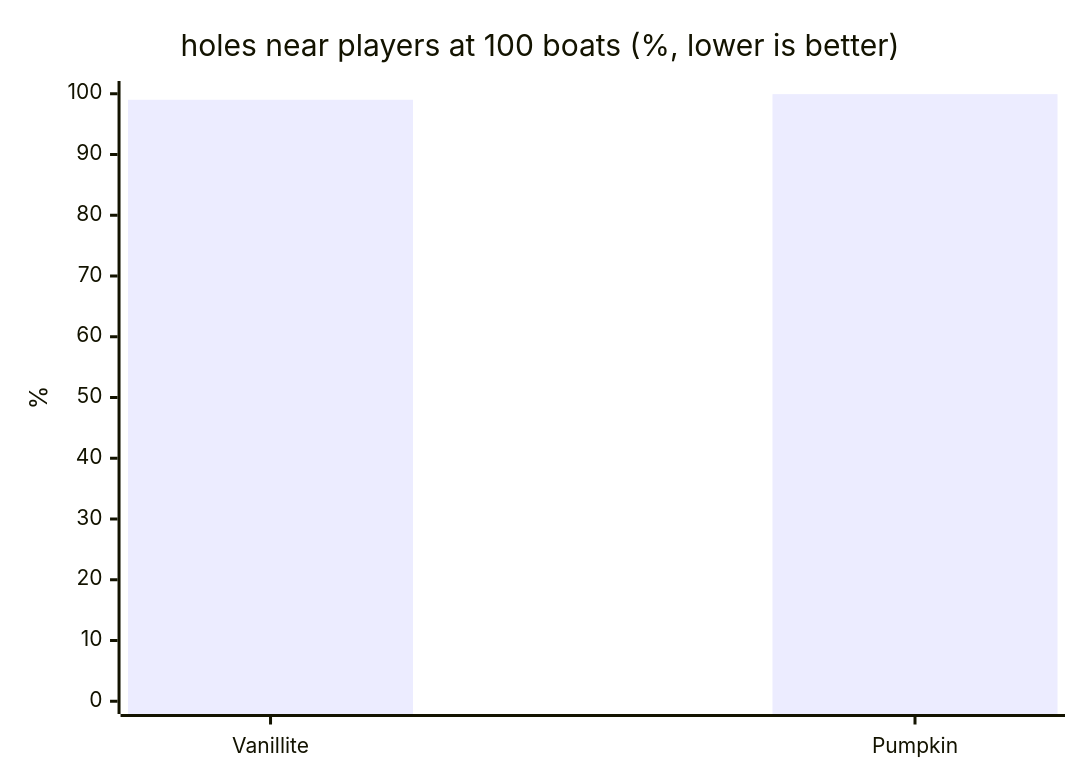
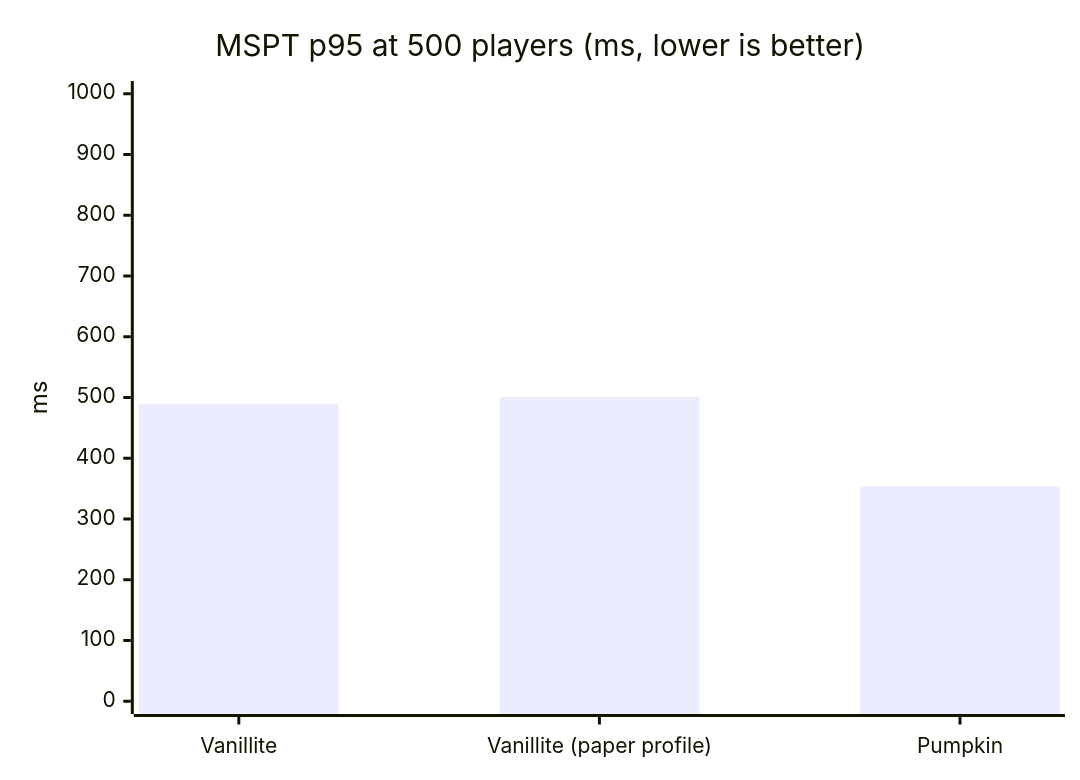
Before and after one commit to hthoene/Vanillite: diagram 13 of 15 in benchmarks/README.md, drawn with Mermaid. The commit also changed other lines of this file and 6 other files, not shown here.

````diff
--- a/benchmarks/README.md
+++ b/benchmarks/README.md
@@ -353,7 +451,7 @@
 ```mermaid
 xychart-beta
-    title "holes near players at 100 boats (%, lower is better)"
-    x-axis ["Vanillite", "Pumpkin"]
-    y-axis "%" 0 --> 100
-    bar [99.01, 99.94]
+    title "MSPT p95 at 500 players (ms, lower is better)"
+    x-axis ["Vanillite", "Vanillite (paper profile)", "Pumpkin"]
+    y-axis "ms" 0 --> 1000
+    bar [489, 501, 354]
 ```
````
